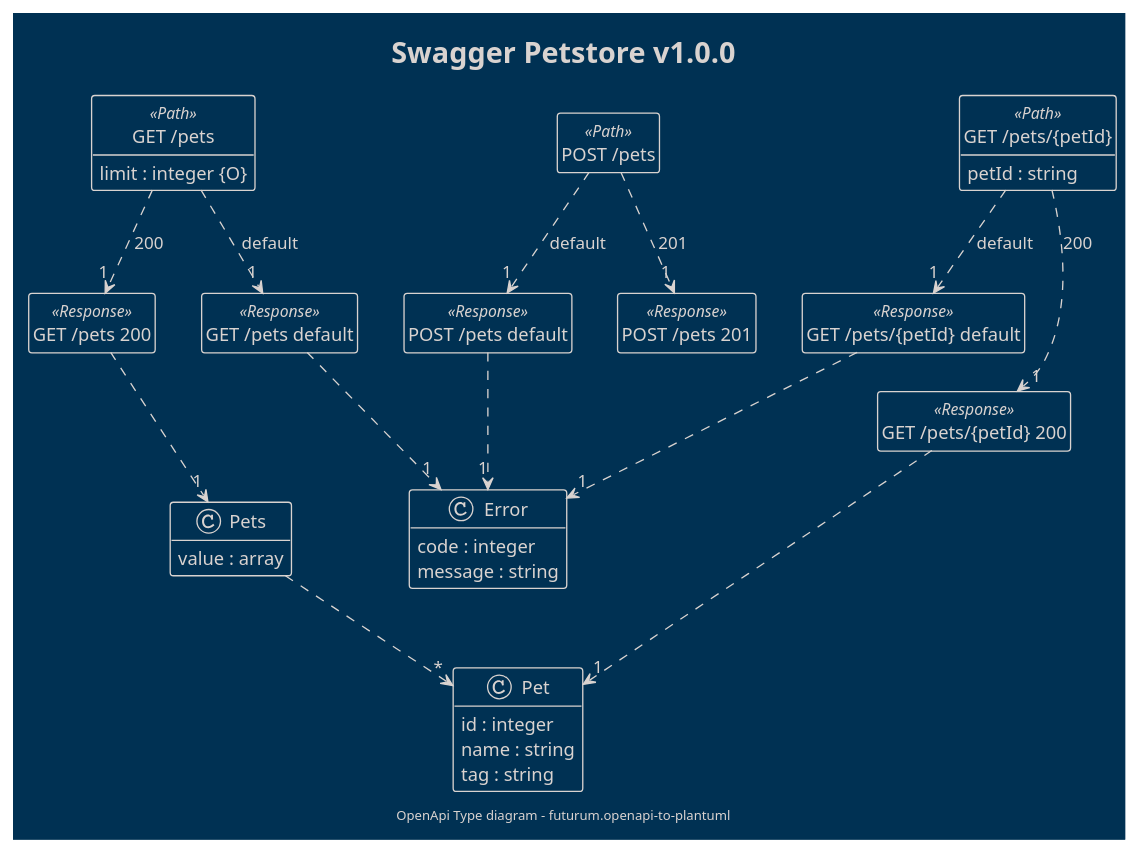
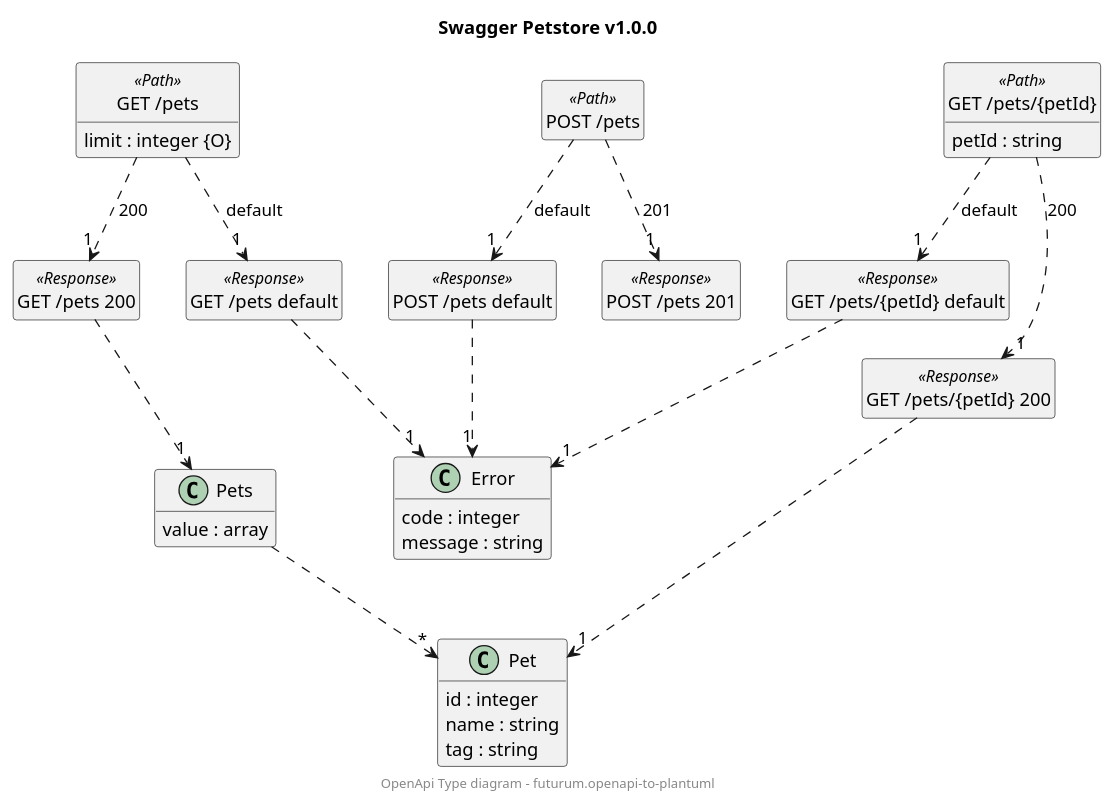
One commit to futurum-dev/futurum.openapi-to-plantuml changed the diagram in openapi/openapi-petstore-simple-openapi-type.puml. Above: the diagram before and after it, drawn with PlantUML. The commit also changed 28 other files, not shown here.

Commit message:
- refactor - add ClassFields and ClassRelationships for RequestBody properties - OpenApiDiagram fix Id

```diff
--- a/openapi/openapi-petstore-simple-openapi-type.puml
+++ b/openapi/openapi-petstore-simple-openapi-type.puml
@@ -1,53 +1,59 @@
 @startuml OpenApi Type diagram
-!theme blueprint
+'!theme blueprint
 
 hide <<Path>> circle
 hide <<Response>> circle
 hide <<Parameter>> circle
 hide empty methods
 hide empty fields
 set namespaceSeparator none
 
 title Swagger Petstore v1.0.0
 footer OpenApi Type diagram - futurum.openapi-to-plantuml
 class "GET /pets" <<Path>> {
 {field} limit : integer {O}
 }
+
 class "GET /pets 200" <<Response>> { }
 class "GET /pets default" <<Response>> { }
 class "POST /pets" <<Path>> {
 }
+
 class "POST /pets 201" <<Response>> { }
 class "POST /pets default" <<Response>> { }
 class "GET /pets/{petId}" <<Path>> {
 {field} petId : string
 }
+
 class "GET /pets/{petId} 200" <<Response>> { }
 class "GET /pets/{petId} default" <<Response>> { }
-class Pet {
+class "Pet" {
 {field} id : integer
 {field} name : string
 {field} tag : string
 }
-class Pets {
+
+class "Pets" {
 {field} value : array
 }
-class Error {
+
+class "Error" {
 {field} code : integer
 {field} message : string
 }
+
 "GET /pets" ..> "1" "GET /pets 200" : "200"
 "GET /pets 200" ..> "1" "Pets"
 "GET /pets" ..> "1" "GET /pets default" : "default"
 "GET /pets default" ..> "1" "Error"
 "POST /pets" ..> "1" "POST /pets 201" : "201"
 "POST /pets" ..> "1" "POST /pets default" : "default"
 "POST /pets default" ..> "1" "Error"
 "GET /pets/{petId}" ..> "1" "GET /pets/{petId} 200" : "200"
 "GET /pets/{petId} 200" ..> "1" "Pet"
 "GET /pets/{petId}" ..> "1" "GET /pets/{petId} default" : "default"
 "GET /pets/{petId} default" ..> "1" "Error"
 "Pets" ..> "*" "Pet"
 
 
 @enduml
```
